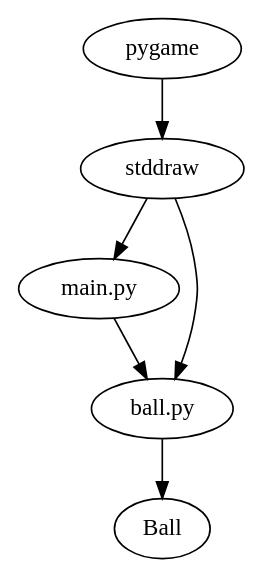
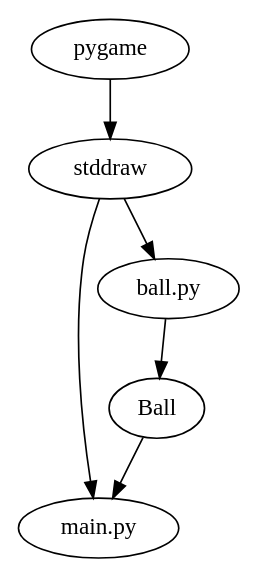
Before and after one commit to diegocaro/prograudd: the diagram in clases/clase15/dependencias.dot, drawn with Graphviz. The commit also changed 1 other file, not shown here.

```diff
--- a/clases/clase15/dependencias.dot
+++ b/clases/clase15/dependencias.dot
@@ -1,10 +1,10 @@
 digraph G
 {
     main [label="main.py"];
     ball [label="ball.py"];
     pygame -> stddraw;
-    stddraw -> main
+    stddraw -> main;
     stddraw -> ball;
     ball -> Ball;
-    main -> ball;
+    Ball -> main;
 }
```
